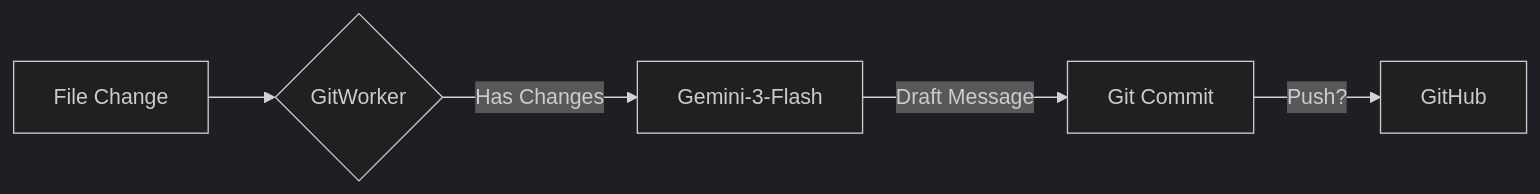
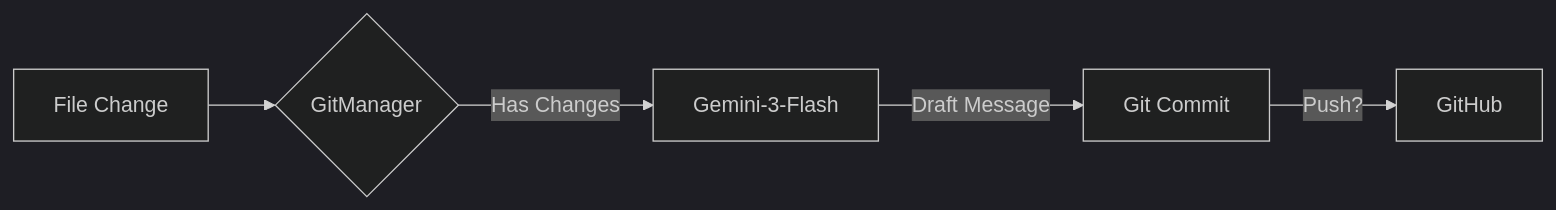
The diagram in docs/human/workers.md (Of-Arte/swarm-orchestrator-mcp), drawn with Mermaid (dark theme) before and after one commit. The commit also changed other lines of this file and 37 other files, not shown here.

Commit message:
feat: Introduce Swarm v3.2 core components, AI skills, memory management, task schemas, and comprehensive documentation.

````diff
--- a/docs/human/workers.md
+++ b/docs/human/workers.md
@@ -526,7 +357,7 @@
 ```mermaid
 graph LR
-    Diff[File Change] --> Detect{GitWorker}
+    Diff[File Change] --> Detect{GitManager}
     Detect -- "Has Changes" --> LLM[Gemini-3-Flash]
     LLM -- "Draft Message" --> Commit[Git Commit]
     Commit -- "Push?" --> Remote[GitHub]
 ```
````
